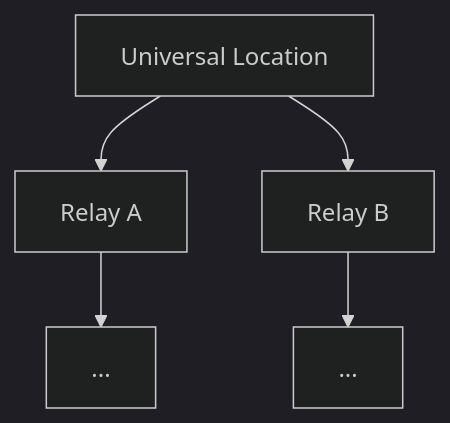
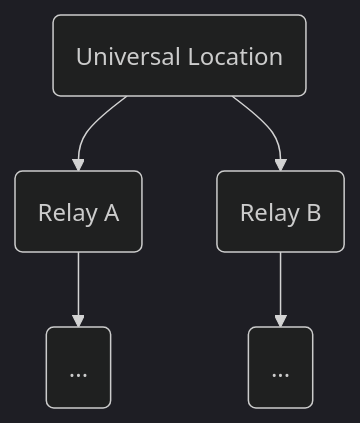
The fourth of 20 diagrams in syllabus/7-XCM/1-Core_Concepts_of_XCM/Core_Concepts_of_XCM_slides.md (Polkadot-Blockchain-Academy/pba-content), drawn with Mermaid (dark theme) before and after one commit. The commit also changed other lines of this file and 1 other file, not shown here.

Commit message:
Change mermaidjs theme

````diff
--- a/syllabus/7-XCM/1-Core_Concepts_of_XCM/Core_Concepts_of_XCM_slides.md
+++ b/syllabus/7-XCM/1-Core_Concepts_of_XCM/Core_Concepts_of_XCM_slides.md
@@ -319,7 +343,7 @@
 ```mermaid
 graph TD;
-    UniversalLocation[Universal Location]-->RelayA[Relay A]
-    UniversalLocation-->RelayB[Relay B]
-    RelayA-->BranchA[...]
-    RelayB-->BranchB[...]
+    UniversalLocation(Universal Location)-->RelayA(Relay A)
+    UniversalLocation-->RelayB(Relay B)
+    RelayA-->BranchA(...)
+    RelayB-->BranchB(...)
 ```
````
